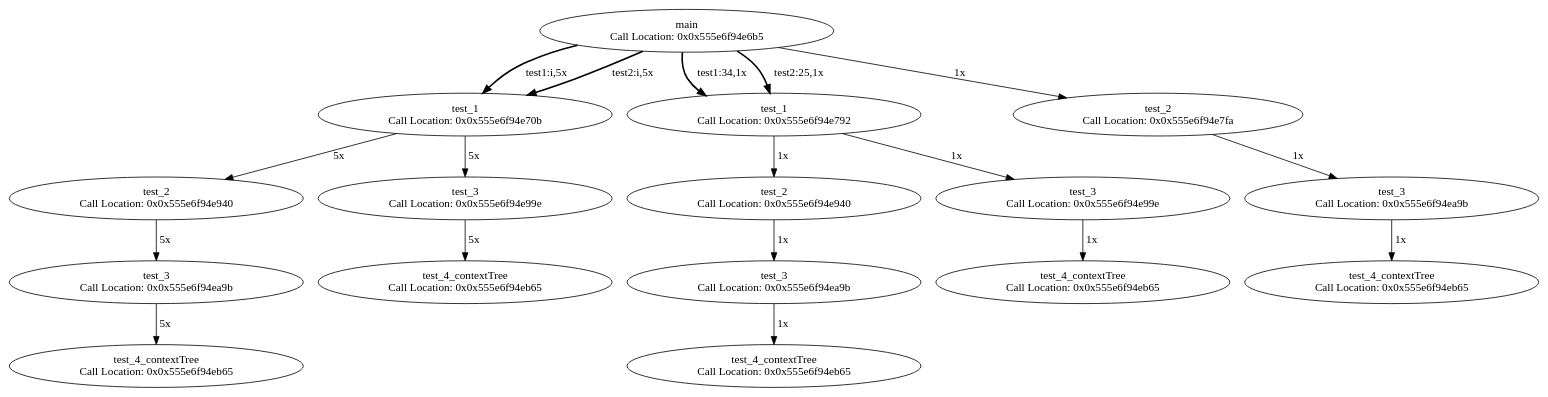
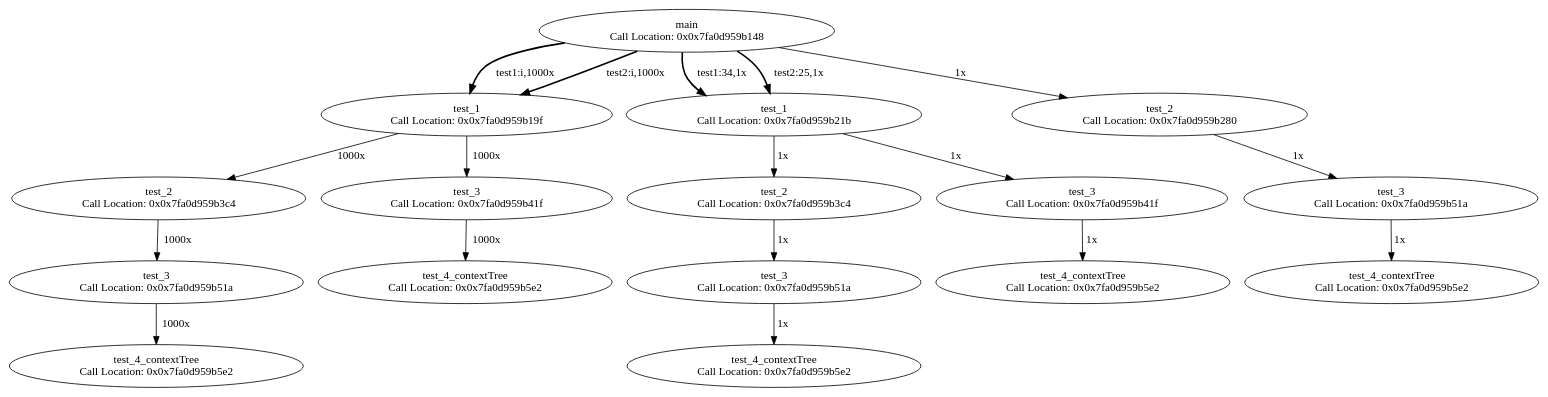
The diagram in tree.dot (SameerDalal/backtrace), drawn with Graphviz before and after one commit. The commit also changed 5 other files, not shown here.

```diff
--- a/tree.dot
+++ b/tree.dot
@@ -1,35 +1,35 @@
 digraph ContextTree {
-main0x555e70721eb0[label="main\n Call Location: 0x0x555e6f94e6b5"];
-main0x555e70721eb0 -> test_10x555e70721f90[style=bold, label=" test1:i,5x"];
-main0x555e70721eb0 -> test_10x555e70721f90[style=bold, label=" test2:i,5x"];
-main0x555e70721eb0 -> test_10x555e707225d0[style=bold, label=" test1:34,1x"];
-main0x555e70721eb0 -> test_10x555e707225d0[style=bold, label=" test2:25,1x"];
-main0x555e70721eb0 -> test_20x555e70722bf0[label=" 1x"];
-test_10x555e70721f90[label="test_1\n Call Location: 0x0x555e6f94e70b"];
-test_10x555e70721f90 -> test_20x555e707220f0[label=" 5x"];
-test_10x555e70721f90 -> test_30x555e70722410[label=" 5x"];
-test_20x555e707220f0[label="test_2\n Call Location: 0x0x555e6f94e940"];
-test_20x555e707220f0 -> test_30x555e707221b0[label=" 5x"];
-test_30x555e707221b0[label="test_3\n Call Location: 0x0x555e6f94ea9b"];
-test_30x555e707221b0 -> test_4_contextTree0x555e707222d0[label=" 5x"];
-test_4_contextTree0x555e707222d0[label="test_4_contextTree\n Call Location: 0x0x555e6f94eb65"];
-test_30x555e70722410[label="test_3\n Call Location: 0x0x555e6f94e99e"];
-test_30x555e70722410 -> test_4_contextTree0x555e707224f0[label=" 5x"];
-test_4_contextTree0x555e707224f0[label="test_4_contextTree\n Call Location: 0x0x555e6f94eb65"];
-test_10x555e707225d0[label="test_1\n Call Location: 0x0x555e6f94e792"];
-test_10x555e707225d0 -> test_20x555e70722710[label=" 1x"];
-test_10x555e707225d0 -> test_30x555e70722a20[label=" 1x"];
-test_20x555e70722710[label="test_2\n Call Location: 0x0x555e6f94e940"];
-test_20x555e70722710 -> test_30x555e70722860[label=" 1x"];
-test_30x555e70722860[label="test_3\n Call Location: 0x0x555e6f94ea9b"];
-test_30x555e70722860 -> test_4_contextTree0x555e70722960[label=" 1x"];
-test_4_contextTree0x555e70722960[label="test_4_contextTree\n Call Location: 0x0x555e6f94eb65"];
-test_30x555e70722a20[label="test_3\n Call Location: 0x0x555e6f94e99e"];
-test_30x555e70722a20 -> test_4_contextTree0x555e70722b00[label=" 1x"];
-test_4_contextTree0x555e70722b00[label="test_4_contextTree\n Call Location: 0x0x555e6f94eb65"];
-test_20x555e70722bf0[label="test_2\n Call Location: 0x0x555e6f94e7fa"];
-test_20x555e70722bf0 -> test_30x555e70722ce0[label=" 1x"];
-test_30x555e70722ce0[label="test_3\n Call Location: 0x0x555e6f94ea9b"];
-test_30x555e70722ce0 -> test_4_contextTree0x555e70722dc0[label=" 1x"];
-test_4_contextTree0x555e70722dc0[label="test_4_contextTree\n Call Location: 0x0x555e6f94eb65"];
+main0x7fffbe14eeb0[label="main\n Call Location: 0x0x7fa0d959b148"];
+main0x7fffbe14eeb0 -> test_10x7fffbe14ef90[style=bold, label=" test1:i,1000x"];
+main0x7fffbe14eeb0 -> test_10x7fffbe14ef90[style=bold, label=" test2:i,1000x"];
+main0x7fffbe14eeb0 -> test_10x7fffbe14f5d0[style=bold, label=" test1:34,1x"];
+main0x7fffbe14eeb0 -> test_10x7fffbe14f5d0[style=bold, label=" test2:25,1x"];
+main0x7fffbe14eeb0 -> test_20x7fffbe14fbf0[label=" 1x"];
+test_10x7fffbe14ef90[label="test_1\n Call Location: 0x0x7fa0d959b19f"];
+test_10x7fffbe14ef90 -> test_20x7fffbe14f0f0[label=" 1000x"];
+test_10x7fffbe14ef90 -> test_30x7fffbe14f410[label=" 1000x"];
+test_20x7fffbe14f0f0[label="test_2\n Call Location: 0x0x7fa0d959b3c4"];
+test_20x7fffbe14f0f0 -> test_30x7fffbe14f1b0[label=" 1000x"];
+test_30x7fffbe14f1b0[label="test_3\n Call Location: 0x0x7fa0d959b51a"];
+test_30x7fffbe14f1b0 -> test_4_contextTree0x7fffbe14f2d0[label=" 1000x"];
+test_4_contextTree0x7fffbe14f2d0[label="test_4_contextTree\n Call Location: 0x0x7fa0d959b5e2"];
+test_30x7fffbe14f410[label="test_3\n Call Location: 0x0x7fa0d959b41f"];
+test_30x7fffbe14f410 -> test_4_contextTree0x7fffbe14f4f0[label=" 1000x"];
+test_4_contextTree0x7fffbe14f4f0[label="test_4_contextTree\n Call Location: 0x0x7fa0d959b5e2"];
+test_10x7fffbe14f5d0[label="test_1\n Call Location: 0x0x7fa0d959b21b"];
+test_10x7fffbe14f5d0 -> test_20x7fffbe14f710[label=" 1x"];
+test_10x7fffbe14f5d0 -> test_30x7fffbe14fa20[label=" 1x"];
+test_20x7fffbe14f710[label="test_2\n Call Location: 0x0x7fa0d959b3c4"];
+test_20x7fffbe14f710 -> test_30x7fffbe14f860[label=" 1x"];
+test_30x7fffbe14f860[label="test_3\n Call Location: 0x0x7fa0d959b51a"];
+test_30x7fffbe14f860 -> test_4_contextTree0x7fffbe14f960[label=" 1x"];
+test_4_contextTree0x7fffbe14f960[label="test_4_contextTree\n Call Location: 0x0x7fa0d959b5e2"];
+test_30x7fffbe14fa20[label="test_3\n Call Location: 0x0x7fa0d959b41f"];
+test_30x7fffbe14fa20 -> test_4_contextTree0x7fffbe14fb00[label=" 1x"];
+test_4_contextTree0x7fffbe14fb00[label="test_4_contextTree\n Call Location: 0x0x7fa0d959b5e2"];
+test_20x7fffbe14fbf0[label="test_2\n Call Location: 0x0x7fa0d959b280"];
+test_20x7fffbe14fbf0 -> test_30x7fffbe14fce0[label=" 1x"];
+test_30x7fffbe14fce0[label="test_3\n Call Location: 0x0x7fa0d959b51a"];
+test_30x7fffbe14fce0 -> test_4_contextTree0x7fffbe14fdc0[label=" 1x"];
+test_4_contextTree0x7fffbe14fdc0[label="test_4_contextTree\n Call Location: 0x0x7fa0d959b5e2"];
 }
```
